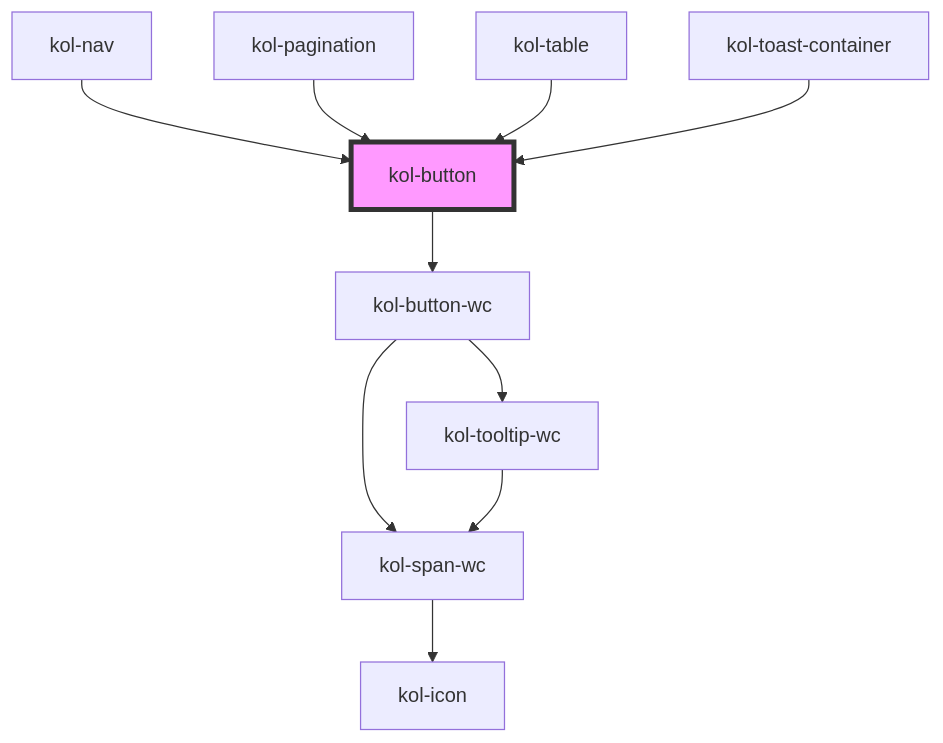
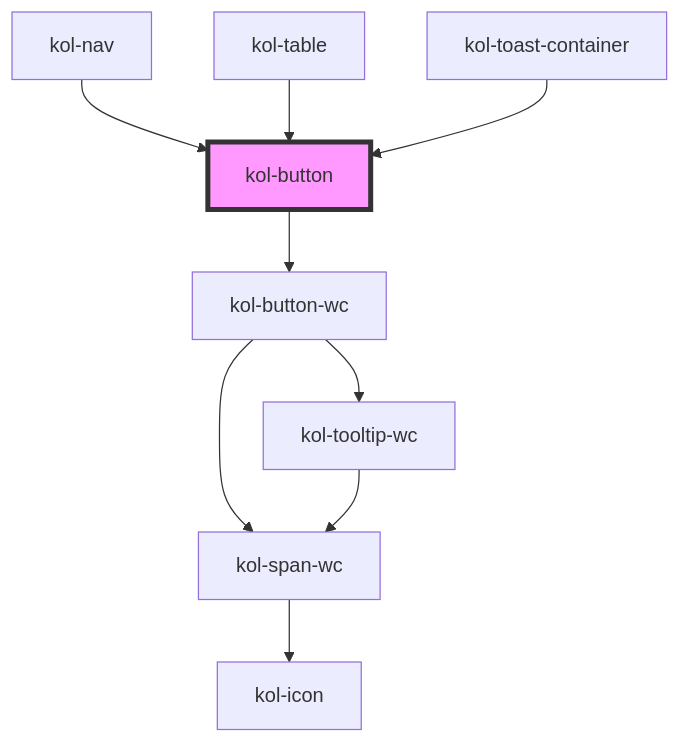
One commit to public-ui/kolibri changed the diagram in packages/components/src/components/button/readme.md. Above: the diagram before and after it, drawn with Mermaid. The commit also changed other lines of this file and 3 other files, not shown here.

````diff
--- a/packages/components/src/components/button/readme.md
+++ b/packages/components/src/components/button/readme.md
@@ -135,13 +134,12 @@
 ```mermaid
 graph TD;
   kol-button --> kol-button-wc
   kol-button-wc --> kol-span-wc
   kol-button-wc --> kol-tooltip-wc
   kol-span-wc --> kol-icon
   kol-tooltip-wc --> kol-span-wc
   kol-nav --> kol-button
-  kol-pagination --> kol-button
   kol-table --> kol-button
   kol-toast-container --> kol-button
   style kol-button fill:#f9f,stroke:#333,stroke-width:4px
 ```
````
